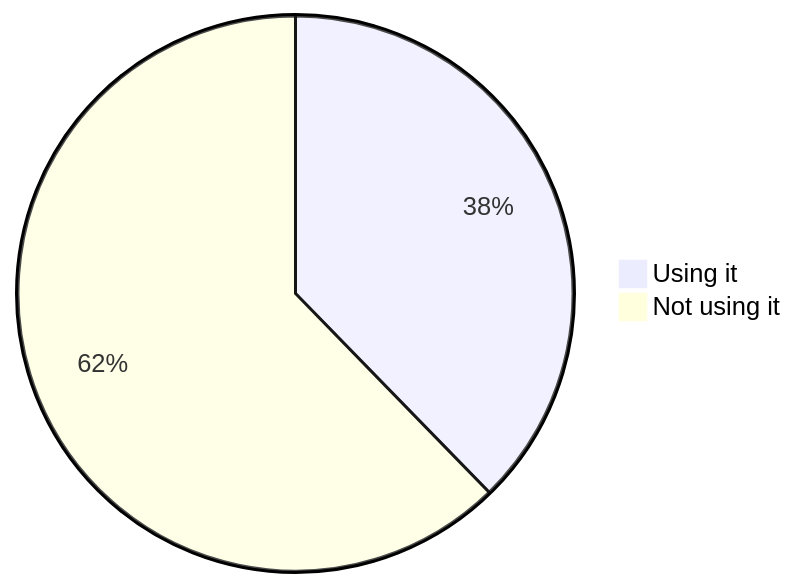
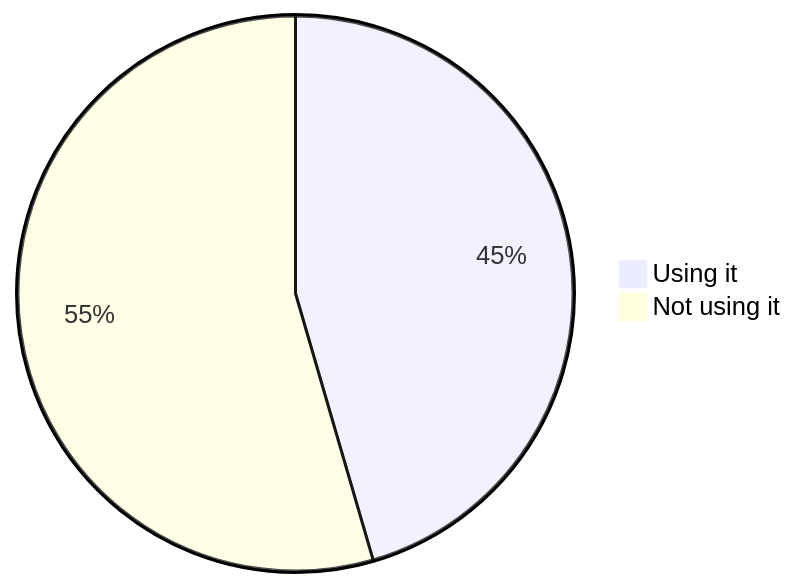
The second of 22 diagrams in stats.md (oshp/oshp-stats), drawn with Mermaid before and after one commit. The commit also changed other lines of this file, not shown here.

````diff
--- a/stats.md
+++ b/stats.md
@@ -22,6 +22,6 @@
 ```mermaid
 pie
-	"Using it" : 37.71
-	"Not using it" : 62.29
+	"Using it" : 45.49
+	"Not using it" : 54.51
 
 ```
````
